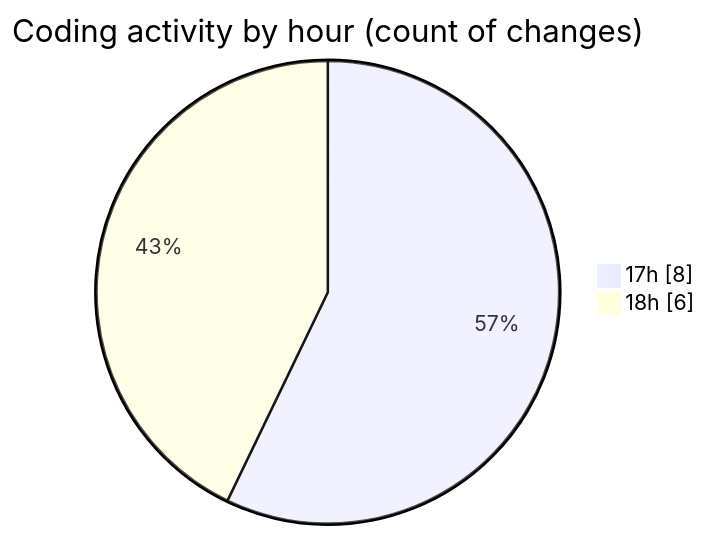
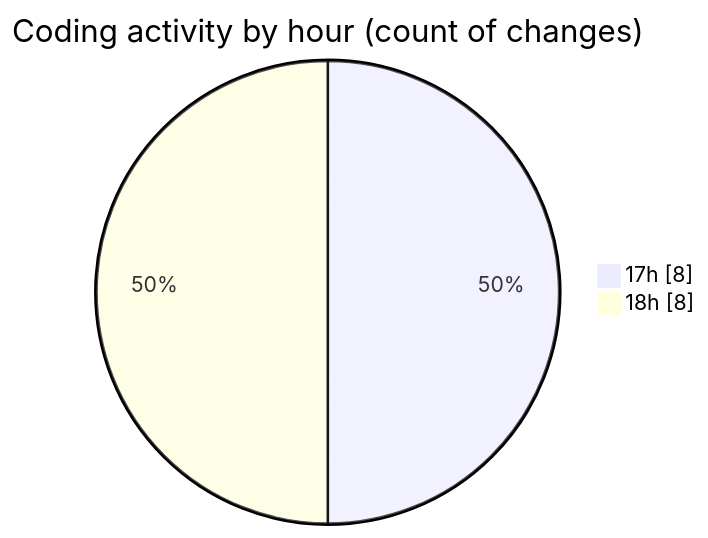
The second of 2 diagrams in 2025-02-20/coding_prac_6/README.md (NitaiMahat/code-tracking), drawn with Mermaid before and after one commit. The commit also changed other lines of this file and 1 other file, not shown here.

````diff
--- a/2025-02-20/coding_prac_6/README.md
+++ b/2025-02-20/coding_prac_6/README.md
@@ -32,6 +32,6 @@
 ```mermaid
 pie showData
 title Coding activity by hour (count of changes)
 "17h" : 8
-"18h" : 6
+"18h" : 8
 ```
````
